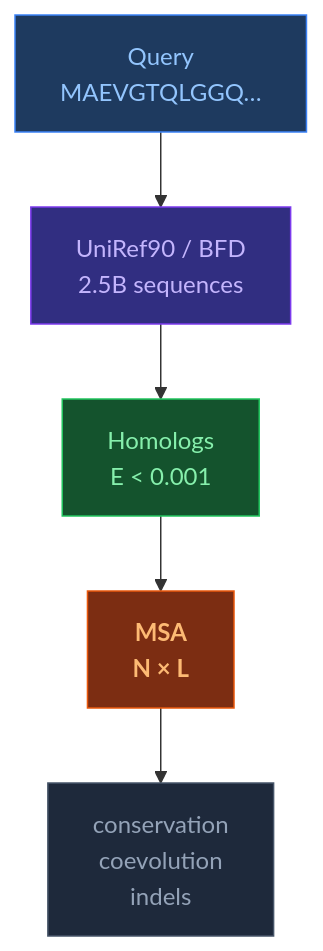
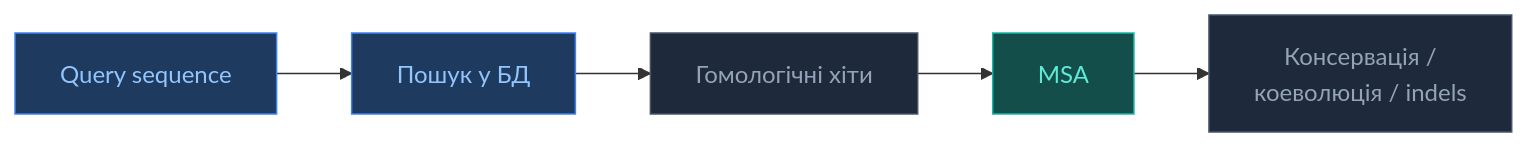
One commit to OlehVolkov/AlphaFold3-AIGen-KnowledgeBase changed the first of 2 diagrams in UA/2. Концепції/2.3. Структурна-Біоінформатика/2.3.4. MSA.md. Above: the diagram before and after it, drawn with Mermaid. The commit also changed other lines of this file and 33 other files, not shown here.

Commit message:
Linting and fixes in diagrams

````diff
--- a/UA/2. Концепції/2.3. Структурна-Біоінформатика/2.3.4. MSA.md
+++ b/UA/2. Концепції/2.3. Структурна-Біоінформатика/2.3.4. MSA.md
@@ -17,16 +17,17 @@
 ```mermaid
-flowchart TD
-    QRY["Query<br/>MAEVGTQLGGQ…"]:::query
-    DB["UniRef90 / BFD<br/>2.5B sequences"]:::db
-    HITS["Homologs<br/>E &lt; 0.001"]:::hits
-    MSA["MSA<br/>N × L"]:::msa
-    INFO["conservation<br/>coevolution<br/>indels"]:::info
+flowchart LR
+    QRY["Query sequence"]:::input
+    DB["Пошук у БД"]:::input
+    HITS["Гомологічні хіти"]:::neutral
+    MSA["MSA"]:::output
+    INFO["Консервація /<br/>коеволюція / indels"]:::neutral
 
     QRY --> DB --> HITS --> MSA --> INFO
 
-    classDef query fill:#1e3a5f,stroke:#3b82f6,color:#93c5fd
-    classDef db    fill:#312e81,stroke:#7c3aed,color:#c4b5fd
-    classDef hits  fill:#14532d,stroke:#22c55e,color:#86efac
-    classDef msa   fill:#7c2d12,stroke:#ea580c,color:#fdba74,font-weight:bold
-    classDef info  fill:#1e293b,stroke:#475569,color:#94a3b8
+    classDef input fill:#1e3a5f,stroke:#3b82f6,color:#93c5fd
+    classDef trunk fill:#312e81,stroke:#7c3aed,color:#c4b5fd
+    classDef diffusion fill:#14532d,stroke:#22c55e,color:#86efac
+    classDef confidence fill:#7c2d12,stroke:#ea580c,color:#fdba74
+    classDef output fill:#134e4a,stroke:#14b8a6,color:#5eead4
+    classDef neutral fill:#1e293b,stroke:#475569,color:#94a3b8
 ```
````
